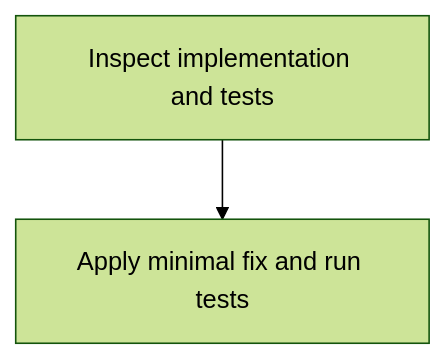
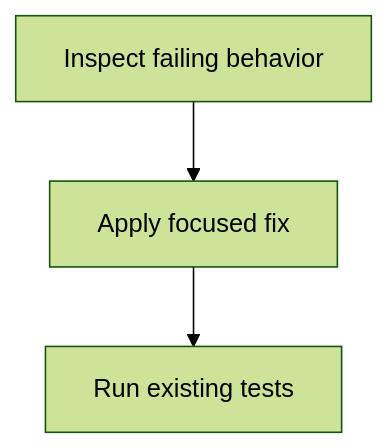
The diagram in .factory/issues/2/requirements.md (md-software-factory/todo-app), drawn with Mermaid (forest theme) before and after one commit. The commit also changed other lines of this file and 11 other files, not shown here.

````diff
--- a/.factory/issues/2/requirements.md
+++ b/.factory/issues/2/requirements.md
@@ -31,4 +31,5 @@
 ```mermaid
 flowchart TD
-  A[Inspect implementation and tests]-->B[Apply minimal fix and run tests]
+  A[Inspect failing behavior]-->B[Apply focused fix]
+  B-->C[Run existing tests]
 ```
````
